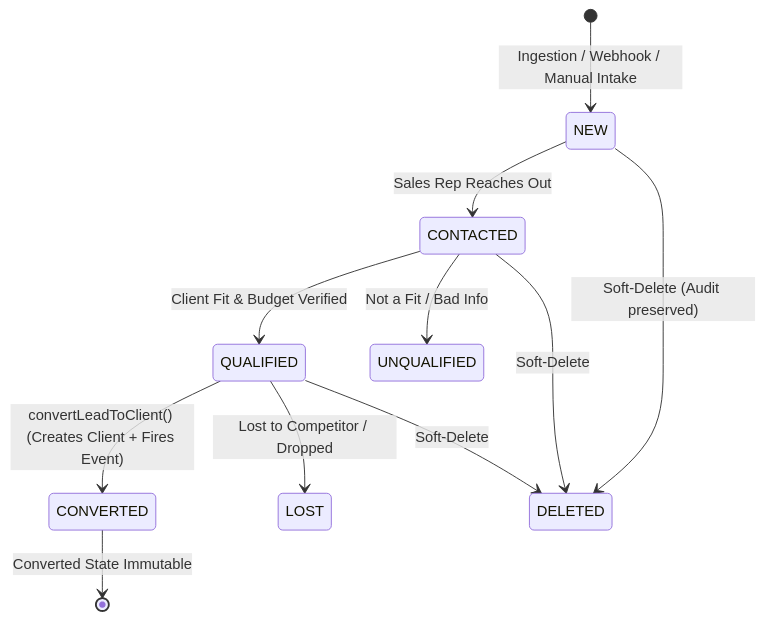
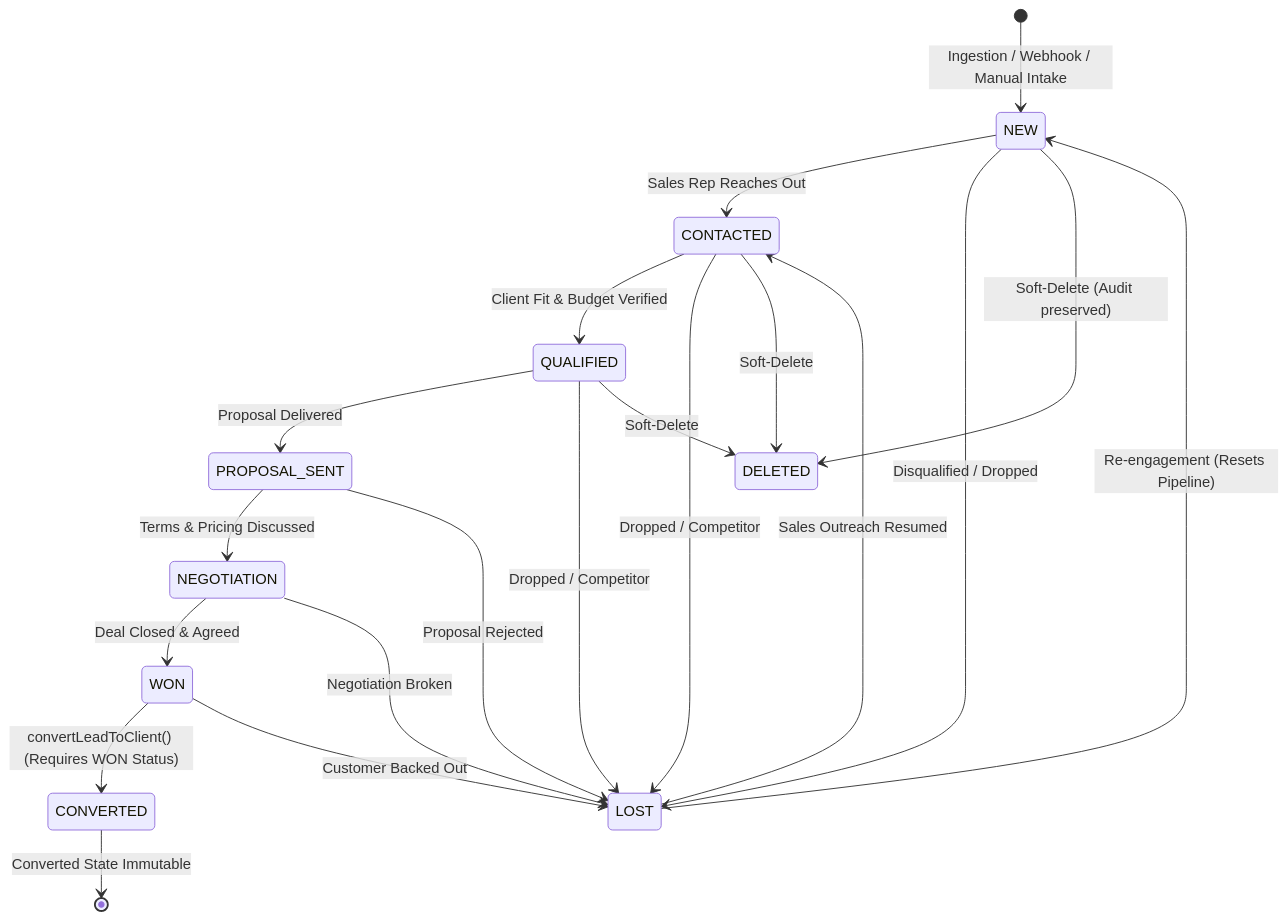
Before and after one commit to VirajB9/ElevateCRM-backend: the fifth of 10 diagrams in docs/elevate_crm_complete_architecture_decryption.md, drawn with Mermaid. The commit also changed other lines of this file and 15 other files, not shown here.

````diff
--- a/docs/elevate_crm_complete_architecture_decryption.md
+++ b/docs/elevate_crm_complete_architecture_decryption.md
@@ -344,13 +345,22 @@
 ```mermaid
 stateDiagram-v2
     [*] --> NEW: Ingestion / Webhook / Manual Intake
     NEW --> CONTACTED: Sales Rep Reaches Out
     CONTACTED --> QUALIFIED: Client Fit & Budget Verified
-    CONTACTED --> UNQUALIFIED: Not a Fit / Bad Info
-    QUALIFIED --> CONVERTED: convertLeadToClient() (Creates Client + Fires Event)
-    QUALIFIED --> LOST: Lost to Competitor / Dropped
+    QUALIFIED --> PROPOSAL_SENT: Proposal Delivered
+    PROPOSAL_SENT --> NEGOTIATION: Terms & Pricing Discussed
+    NEGOTIATION --> WON: Deal Closed & Agreed
+    WON --> CONVERTED: convertLeadToClient() (Requires WON Status)
+    NEW --> LOST: Disqualified / Dropped
+    CONTACTED --> LOST: Dropped / Competitor
+    QUALIFIED --> LOST: Dropped / Competitor
+    PROPOSAL_SENT --> LOST: Proposal Rejected
+    NEGOTIATION --> LOST: Negotiation Broken
+    WON --> LOST: Customer Backed Out
+    LOST --> NEW: Re-engagement (Resets Pipeline)
+    LOST --> CONTACTED: Sales Outreach Resumed
     NEW --> DELETED: Soft-Delete (Audit preserved)
     CONTACTED --> DELETED: Soft-Delete
     QUALIFIED --> DELETED: Soft-Delete
     CONVERTED --> [*]: Converted State Immutable
 ```
````
